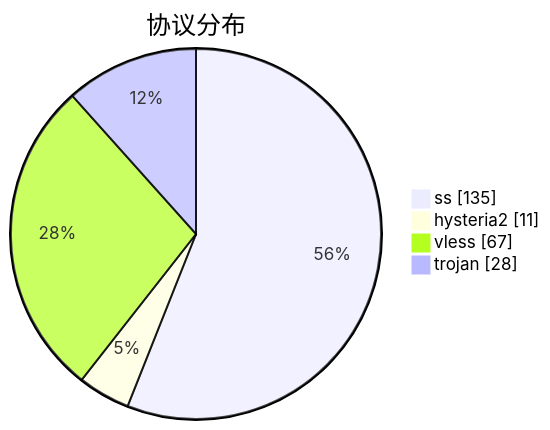
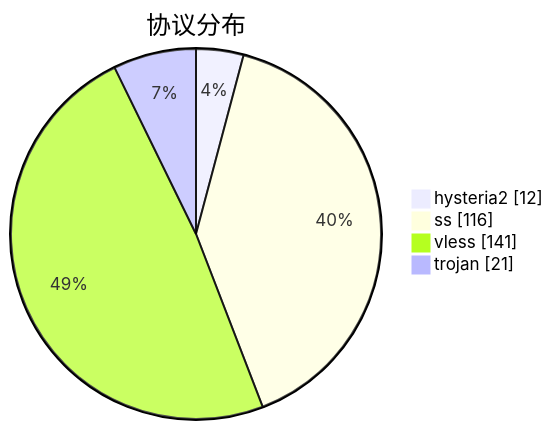
Before and after one commit to qjlxg/airport: the third of 3 diagrams in subs/statistics/tested_within.md, drawn with Mermaid. The commit also changed other lines of this file and 2 other files, not shown here.

````diff
--- a/subs/statistics/tested_within.md
+++ b/subs/statistics/tested_within.md
@@ -17,8 +18,8 @@
 ```mermaid
 pie showData
 title 协议分布
-"ss" : 135
-"hysteria2" : 11
-"vless" : 67
-"trojan" : 28
+"hysteria2" : 12
+"ss" : 116
+"vless" : 141
+"trojan" : 21
 ```
````
